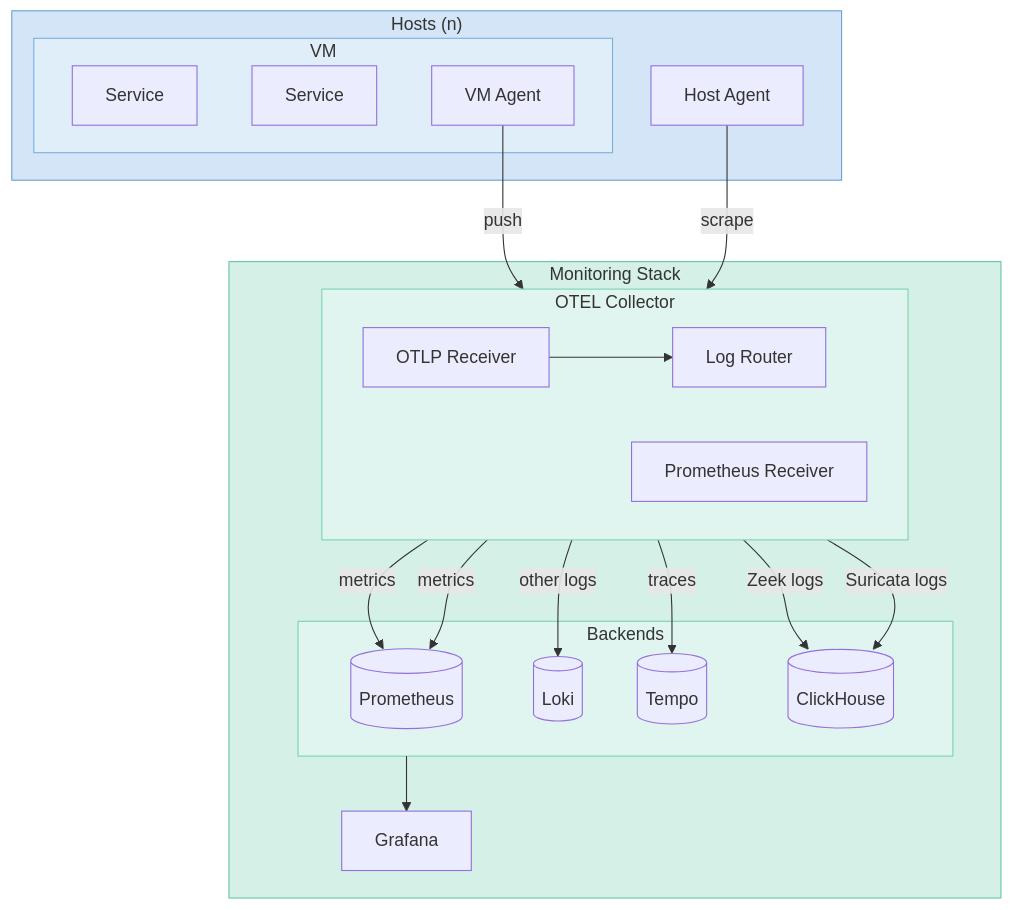
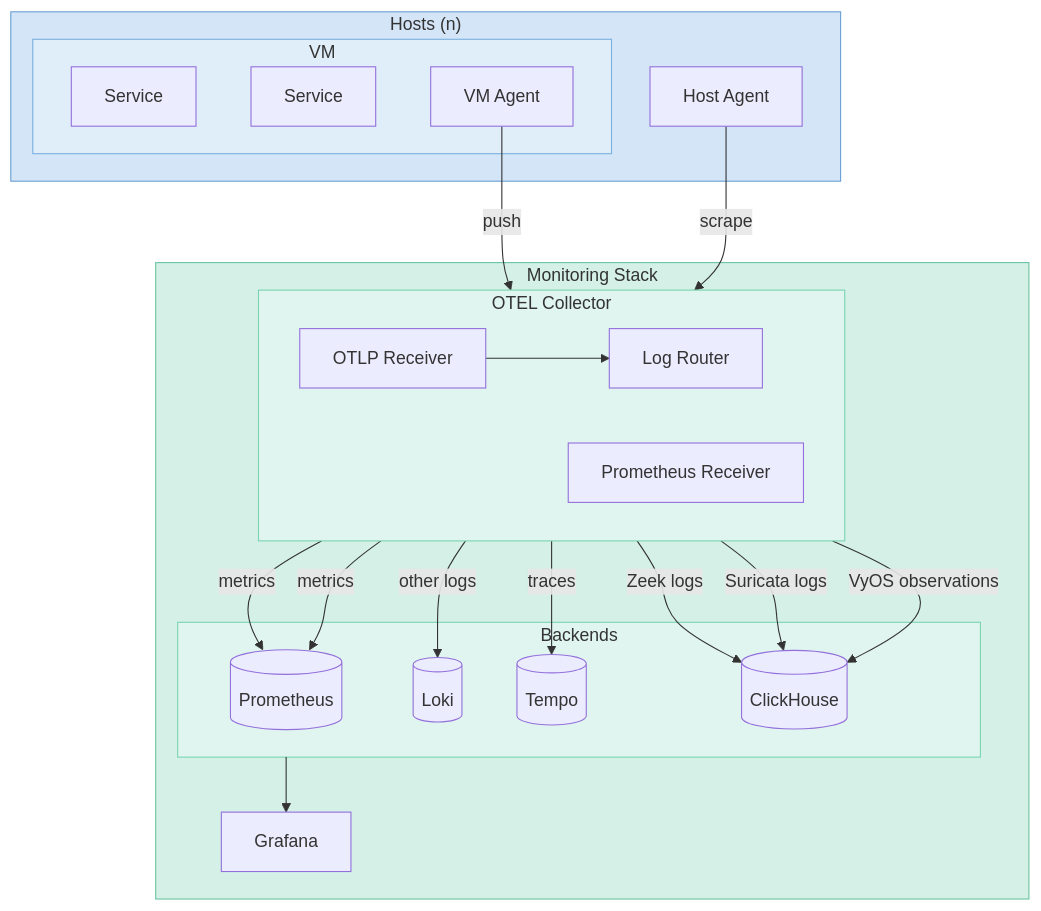
Before and after one commit to shedrachokonofua/aether: the diagram in docs/monitoring.md, drawn with Mermaid. The commit also changed other lines of this file and 16 other files, not shown here.

````diff
--- a/docs/monitoring.md
+++ b/docs/monitoring.md
@@ -7,47 +7,48 @@
 ```mermaid
 flowchart TB
     subgraph Hosts["Hosts (n)"]
         Exporter["Host Agent"]
         subgraph VM["VM"]
             App1["Service"]
             App2["Service"]
             Agent["VM Agent"]
         end
     end
 
     Agent -->|push| OTLP
     Exporter -->|scrape| PromRx
 
     subgraph Niobe["Monitoring Stack"]
         subgraph Collector["OTEL Collector"]
             direction LR
             OTLP["OTLP Receiver"]
             PromRx["Prometheus Receiver"]
             Router["Log Router"]
         end
 
         subgraph Backends["Backends"]
             Prometheus[(Prometheus)]
             Loki[(Loki)]
             Tempo[(Tempo)]
             ClickHouse[(ClickHouse)]
         end
 
         Grafana[Grafana]
     end
 
     OTLP --> Router
     Router -->|Zeek logs| ClickHouse
     Router -->|Suricata logs| ClickHouse
+    Router -->|VyOS observations| ClickHouse
     Router -->|other logs| Loki
     OTLP -->|metrics| Prometheus
     OTLP -->|traces| Tempo
     PromRx -->|metrics| Prometheus
     Backends --> Grafana
 
     style Hosts fill:#d4e5f7,stroke:#6a9fd4
     style VM fill:#e0eefa,stroke:#7ab0e0
     style Niobe fill:#d4f0e7,stroke:#6ac4a0
     style Collector fill:#e0f5ef,stroke:#7ad4b0
     style Backends fill:#e0f5ef,stroke:#7ad4b0
 ```
````
